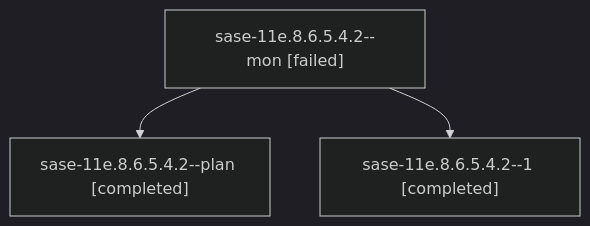
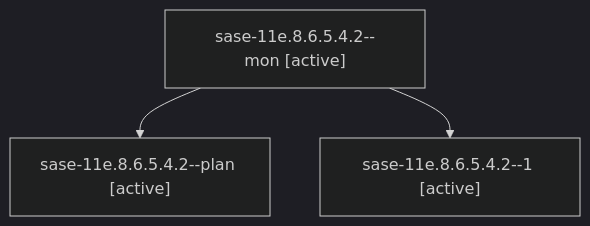
Before and after one commit to sase-org/sase--agents: the diagram in families/bbugyi200.athena.sase-11e.8.6.5.4.2.md, drawn with Mermaid (dark theme). The commit also changed other lines of this file and 35830 other files, not shown here.

````diff
--- a/families/bbugyi200.athena.sase-11e.8.6.5.4.2.md
+++ b/families/bbugyi200.athena.sase-11e.8.6.5.4.2.md
@@ -9,8 +9,8 @@
 ```mermaid
 flowchart TD
-  n0["sase-11e.8.6.5.4.2--mon [failed]"]
-  n1["sase-11e.8.6.5.4.2--plan [completed]"]
+  n0["sase-11e.8.6.5.4.2--mon [active]"]
+  n1["sase-11e.8.6.5.4.2--plan [active]"]
   n0 --> n1
-  n2["sase-11e.8.6.5.4.2--1 [completed]"]
+  n2["sase-11e.8.6.5.4.2--1 [active]"]
   n0 --> n2
 ```
````
